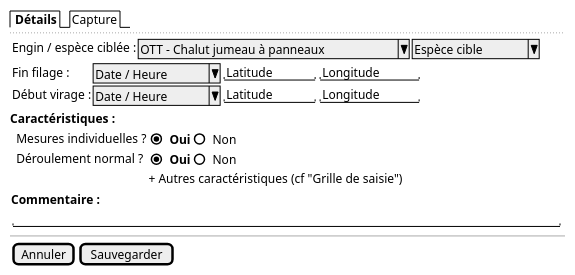
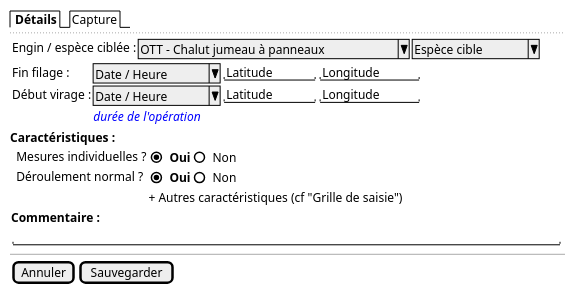
Before and after one commit to sumaris-net/sumaris-doc: the diagram in projects/obsmer/spe/images/operation-trawl.puml, drawn with PlantUML. The commit also changed 10 other files, not shown here.

```diff
--- a/projects/obsmer/spe/images/operation-trawl.puml
+++ b/projects/obsmer/spe/images/operation-trawl.puml
@@ -1,36 +1,37 @@
 @startsalt
 {
 
   {/ <b> Détails | Capture }
   ..
 
     {
       { Engin / espèce ciblée : | ^ OTT - Chalut jumeau à panneaux ^ | ^ Espèce cible ^ }
 
       {
         Fin filage : | ^ Date / Heure ^ | "Latitude   " | "Longitude   "
         Début virage :   | ^ Date / Heure ^ | "Latitude   " | "Longitude   "
+        . | <i><color:blue>durée de l'opération
       }
     }
 
     <b>Caractéristiques :
 
     {
       . | Mesures individuelles ? { (X) <b>Oui | () Non }
       . | Déroulement normal ? { (X) <b>Oui | () Non }
       . | . | + Autres caractéristiques (cf "Grille de saisie")
     }
 
     {
         <b>Commentaire :
 
         { "                                                                    "}
     }
 
   --
 
   {
     [Annuler] | [Sauvegarder]
   }
 }
 @endsalt
```
